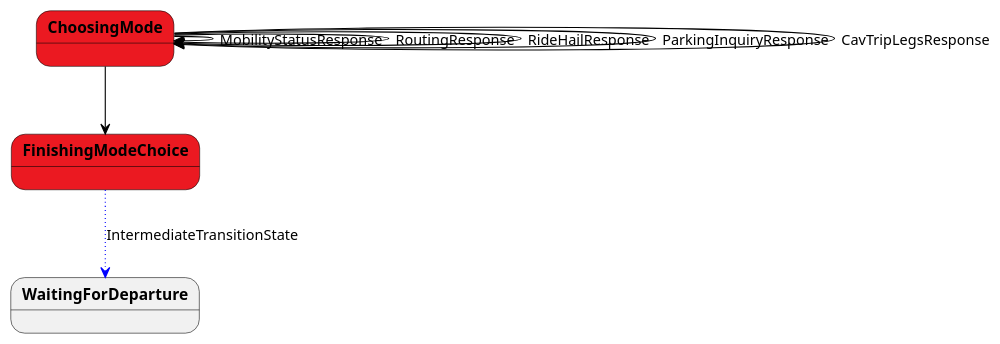
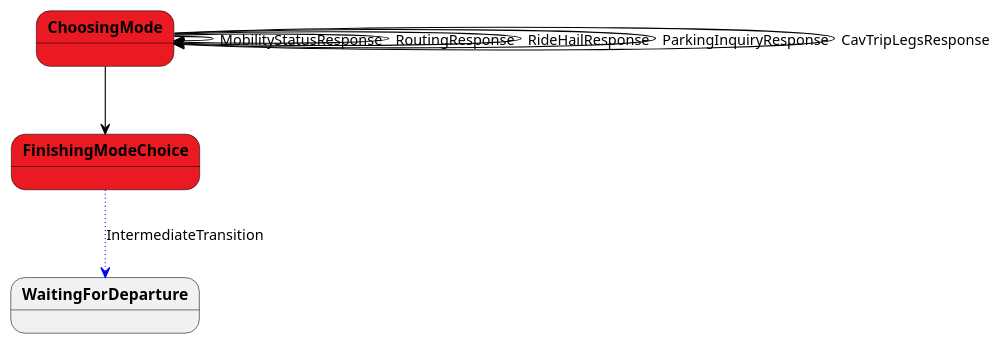
The diagram in docs/uml/ChoosesModeFSM.puml (LBNL-UCB-STI/beam), drawn with PlantUML before and after one commit. The commit also changed 7 other files, not shown here.

```diff
--- a/docs/uml/ChoosesModeFSM.puml
+++ b/docs/uml/ChoosesModeFSM.puml
@@ -1,24 +1,24 @@
 @startuml
 
 scale 1000 width
 skinparam stateBorderColor #black
 skinparam stateFontStyle bold
 skinparam arrowColor #black
 
 ' BeamAgent: States '
 state ChoosingMode #eb1921
 
 state FinishingModeChoice #eb1921
 
 'Transition State'
 
-FinishingModeChoice -[#blue,dotted]-> WaitingForDeparture : IntermediateTransitionState
+FinishingModeChoice -[#blue,dotted]-> WaitingForDeparture : IntermediateTransition
 ChoosingMode --> ChoosingMode : MobilityStatusResponse
 ChoosingMode --> ChoosingMode : RoutingResponse
 ChoosingMode --> ChoosingMode : RideHailResponse
 ChoosingMode --> ChoosingMode : ParkingInquiryResponse
 ChoosingMode --> ChoosingMode : CavTripLegsResponse
 ChoosingMode --> FinishingModeChoice
 
 
 @enduml
```
